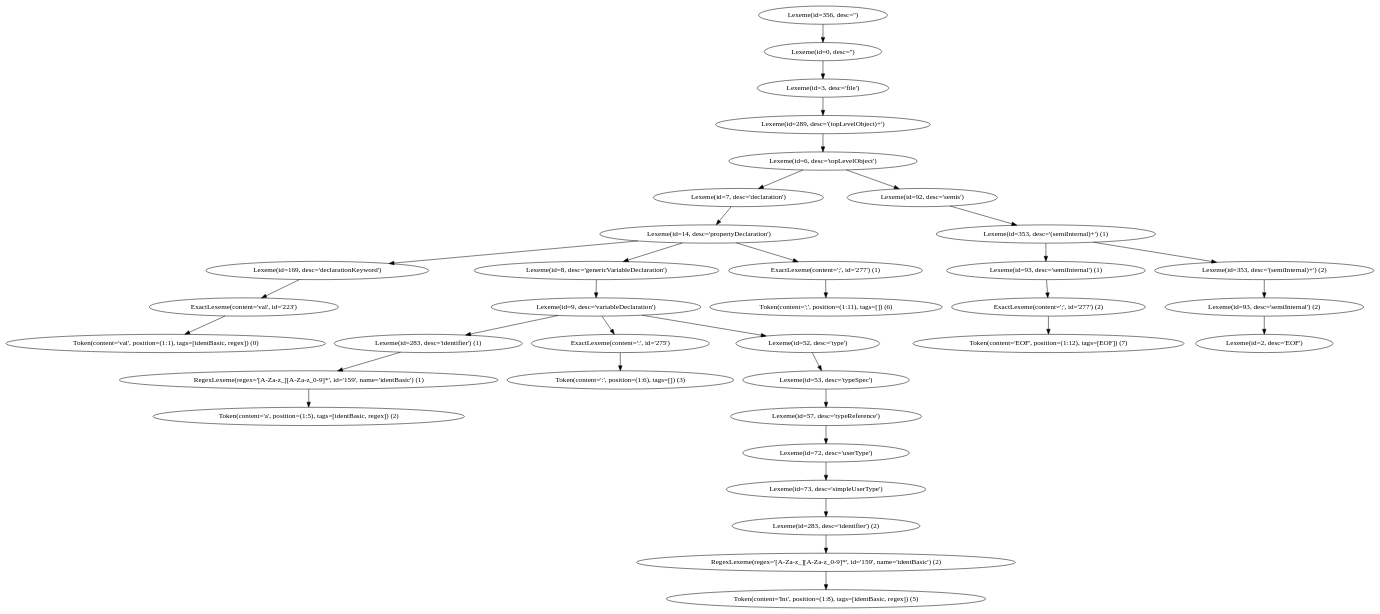
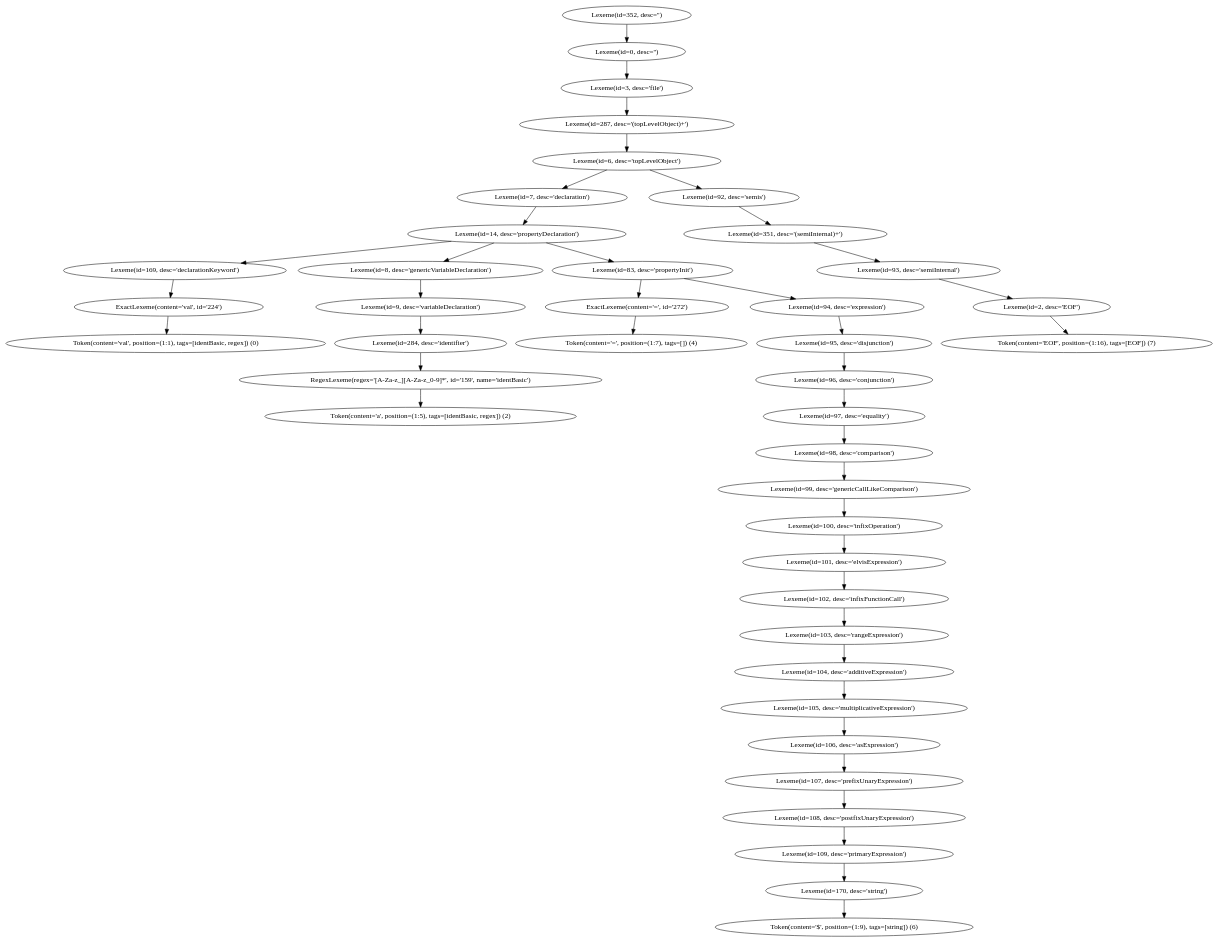
Before and after one commit to VladoCC/KTScript: the diagram in ast.dot, drawn with Graphviz. The commit also changed 3 other files, not shown here.

```diff
--- a/ast.dot
+++ b/ast.dot
@@ -1,36 +1,42 @@
 digraph {
-    "Lexeme(id=356, desc='')" -> "Lexeme(id=0, desc='')";
+    "Lexeme(id=352, desc='')" -> "Lexeme(id=0, desc='')";
     "Lexeme(id=0, desc='')" -> "Lexeme(id=3, desc='file')";
-    "Lexeme(id=3, desc='file')" -> "Lexeme(id=289, desc='(topLevelObject)+')";
-    "Lexeme(id=289, desc='(topLevelObject)+')" -> "Lexeme(id=6, desc='topLevelObject')";
+    "Lexeme(id=3, desc='file')" -> "Lexeme(id=287, desc='(topLevelObject)+')";
+    "Lexeme(id=287, desc='(topLevelObject)+')" -> "Lexeme(id=6, desc='topLevelObject')";
     "Lexeme(id=6, desc='topLevelObject')" -> "Lexeme(id=7, desc='declaration')";
     "Lexeme(id=6, desc='topLevelObject')" -> "Lexeme(id=92, desc='semis')";
     "Lexeme(id=7, desc='declaration')" -> "Lexeme(id=14, desc='propertyDeclaration')";
     "Lexeme(id=14, desc='propertyDeclaration')" -> "Lexeme(id=169, desc='declarationKeyword')";
     "Lexeme(id=14, desc='propertyDeclaration')" -> "Lexeme(id=8, desc='genericVariableDeclaration')";
-    "Lexeme(id=14, desc='propertyDeclaration')" -> "ExactLexeme(content=';', id='277') (1)";
-    "Lexeme(id=169, desc='declarationKeyword')" -> "ExactLexeme(content='val', id='223')";
-    "ExactLexeme(content='val', id='223')" -> "Token(content='val', position=(1:1), tags=[identBasic, regex]) (0)";
+    "Lexeme(id=14, desc='propertyDeclaration')" -> "Lexeme(id=83, desc='propertyInit')";
+    "Lexeme(id=169, desc='declarationKeyword')" -> "ExactLexeme(content='val', id='224')";
+    "ExactLexeme(content='val', id='224')" -> "Token(content='val', position=(1:1), tags=[identBasic, regex]) (0)";
     "Lexeme(id=8, desc='genericVariableDeclaration')" -> "Lexeme(id=9, desc='variableDeclaration')";
-    "Lexeme(id=9, desc='variableDeclaration')" -> "Lexeme(id=283, desc='identifier') (1)";
-    "Lexeme(id=9, desc='variableDeclaration')" -> "ExactLexeme(content=':', id='275')";
-    "Lexeme(id=9, desc='variableDeclaration')" -> "Lexeme(id=52, desc='type')";
-    "Lexeme(id=283, desc='identifier') (1)" -> "RegexLexeme(regex='[A-Za-z_][A-Za-z_0-9]*', id='159', name='identBasic') (1)";
-    "RegexLexeme(regex='[A-Za-z_][A-Za-z_0-9]*', id='159', name='identBasic') (1)" -> "Token(content='a', position=(1:5), tags=[identBasic, regex]) (2)";
-    "ExactLexeme(content=':', id='275')" -> "Token(content=':', position=(1:6), tags=[]) (3)";
-    "Lexeme(id=52, desc='type')" -> "Lexeme(id=53, desc='typeSpec')";
-    "Lexeme(id=53, desc='typeSpec')" -> "Lexeme(id=57, desc='typeReference')";
-    "Lexeme(id=57, desc='typeReference')" -> "Lexeme(id=72, desc='userType')";
-    "Lexeme(id=72, desc='userType')" -> "Lexeme(id=73, desc='simpleUserType')";
-    "Lexeme(id=73, desc='simpleUserType')" -> "Lexeme(id=283, desc='identifier') (2)";
-    "Lexeme(id=283, desc='identifier') (2)" -> "RegexLexeme(regex='[A-Za-z_][A-Za-z_0-9]*', id='159', name='identBasic') (2)";
-    "RegexLexeme(regex='[A-Za-z_][A-Za-z_0-9]*', id='159', name='identBasic') (2)" -> "Token(content='Int', position=(1:8), tags=[identBasic, regex]) (5)";
-    "ExactLexeme(content=';', id='277') (1)" -> "Token(content=';', position=(1:11), tags=[]) (6)";
-    "Lexeme(id=92, desc='semis')" -> "Lexeme(id=353, desc='(semiInternal)+') (1)";
-    "Lexeme(id=353, desc='(semiInternal)+') (1)" -> "Lexeme(id=93, desc='semiInternal') (1)";
-    "Lexeme(id=353, desc='(semiInternal)+') (1)" -> "Lexeme(id=353, desc='(semiInternal)+') (2)";
-    "Lexeme(id=93, desc='semiInternal') (1)" -> "ExactLexeme(content=';', id='277') (2)";
-    "ExactLexeme(content=';', id='277') (2)" -> "Token(content='EOF', position=(1:12), tags=[EOF]) (7)";
-    "Lexeme(id=353, desc='(semiInternal)+') (2)" -> "Lexeme(id=93, desc='semiInternal') (2)";
-    "Lexeme(id=93, desc='semiInternal') (2)" -> "Lexeme(id=2, desc='EOF')";
+    "Lexeme(id=9, desc='variableDeclaration')" -> "Lexeme(id=284, desc='identifier')";
+    "Lexeme(id=284, desc='identifier')" -> "RegexLexeme(regex='[A-Za-z_][A-Za-z_0-9]*', id='159', name='identBasic')";
+    "RegexLexeme(regex='[A-Za-z_][A-Za-z_0-9]*', id='159', name='identBasic')" -> "Token(content='a', position=(1:5), tags=[identBasic, regex]) (2)";
+    "Lexeme(id=83, desc='propertyInit')" -> "ExactLexeme(content='=', id='272')";
+    "Lexeme(id=83, desc='propertyInit')" -> "Lexeme(id=94, desc='expression')";
+    "ExactLexeme(content='=', id='272')" -> "Token(content='=', position=(1:7), tags=[]) (4)";
+    "Lexeme(id=94, desc='expression')" -> "Lexeme(id=95, desc='disjunction')";
+    "Lexeme(id=95, desc='disjunction')" -> "Lexeme(id=96, desc='conjunction')";
+    "Lexeme(id=96, desc='conjunction')" -> "Lexeme(id=97, desc='equality')";
+    "Lexeme(id=97, desc='equality')" -> "Lexeme(id=98, desc='comparison')";
+    "Lexeme(id=98, desc='comparison')" -> "Lexeme(id=99, desc='genericCallLikeComparison')";
+    "Lexeme(id=99, desc='genericCallLikeComparison')" -> "Lexeme(id=100, desc='infixOperation')";
+    "Lexeme(id=100, desc='infixOperation')" -> "Lexeme(id=101, desc='elvisExpression')";
+    "Lexeme(id=101, desc='elvisExpression')" -> "Lexeme(id=102, desc='infixFunctionCall')";
+    "Lexeme(id=102, desc='infixFunctionCall')" -> "Lexeme(id=103, desc='rangeExpression')";
+    "Lexeme(id=103, desc='rangeExpression')" -> "Lexeme(id=104, desc='additiveExpression')";
+    "Lexeme(id=104, desc='additiveExpression')" -> "Lexeme(id=105, desc='multiplicativeExpression')";
+    "Lexeme(id=105, desc='multiplicativeExpression')" -> "Lexeme(id=106, desc='asExpression')";
+    "Lexeme(id=106, desc='asExpression')" -> "Lexeme(id=107, desc='prefixUnaryExpression')";
+    "Lexeme(id=107, desc='prefixUnaryExpression')" -> "Lexeme(id=108, desc='postfixUnaryExpression')";
+    "Lexeme(id=108, desc='postfixUnaryExpression')" -> "Lexeme(id=109, desc='primaryExpression')";
+    "Lexeme(id=109, desc='primaryExpression')" -> "Lexeme(id=170, desc='string')";
+    "Lexeme(id=170, desc='string')" -> "Token(content='$', position=(1:9), tags=[string]) (6)";
+    "Lexeme(id=92, desc='semis')" -> "Lexeme(id=351, desc='(semiInternal)+')";
+    "Lexeme(id=351, desc='(semiInternal)+')" -> "Lexeme(id=93, desc='semiInternal')";
+    "Lexeme(id=93, desc='semiInternal')" -> "Lexeme(id=2, desc='EOF')";
+    "Lexeme(id=2, desc='EOF')" -> "Token(content='EOF', position=(1:16), tags=[EOF]) (7)";
 }
```
